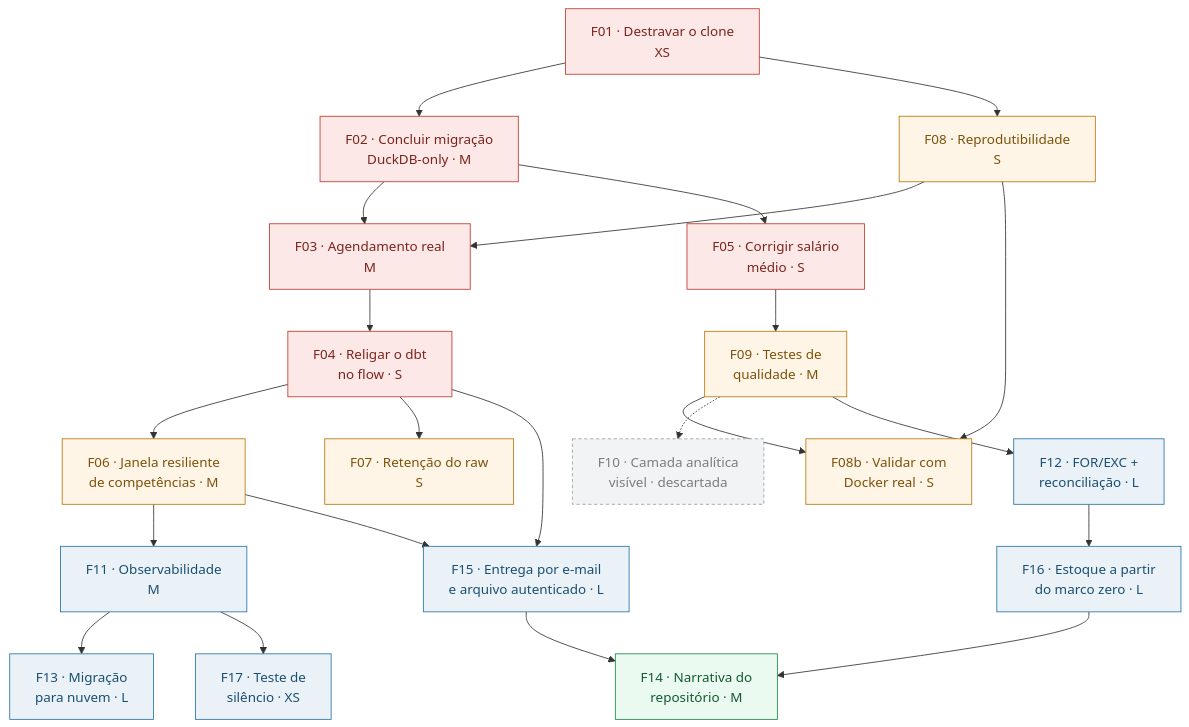
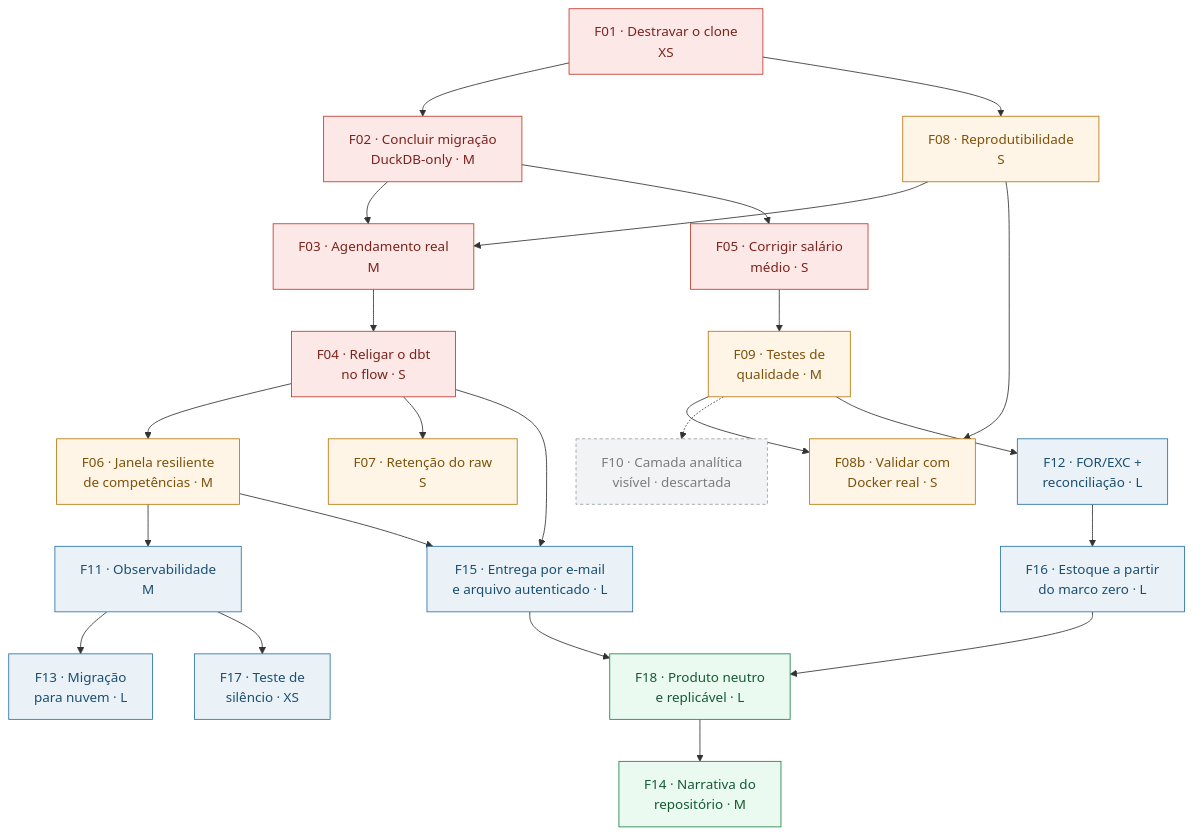
Before and after one commit to raulleninis/heco-caged-datastack: the diagram in docs/fatias/README.md, drawn with Mermaid. The commit also changed other lines of this file and 5 other files, not shown here.

First line of the commit message:
docs: F18, produto neutro e replicável com Socorro como instância

````diff
--- a/docs/fatias/README.md
+++ b/docs/fatias/README.md
@@ -13,35 +13,36 @@
 ```mermaid
 flowchart TD
     F01["F01 · Destravar o clone<br/>XS"] --> F02["F02 · Concluir migração<br/>DuckDB-only · M"]
     F01 --> F08["F08 · Reprodutibilidade<br/>S"]
     F02 --> F03["F03 · Agendamento real<br/>M"]
     F08 --> F03
     F03 --> F04["F04 · Religar o dbt<br/>no flow · S"]
     F04 --> F06["F06 · Janela resiliente<br/>de competências · M"]
     F02 --> F05["F05 · Corrigir salário<br/>médio · S"]
     F05 --> F09["F09 · Testes de<br/>qualidade · M"]
     F04 --> F07["F07 · Retenção do raw<br/>S"]
     F08 --> F08b["F08b · Validar com<br/>Docker real · S"]
     F09 --> F08b
     F09 -.-> F10["F10 · Camada analítica<br/>visível · descartada"]
     F06 --> F11["F11 · Observabilidade<br/>M"]
     F09 --> F12["F12 · FOR/EXC +<br/>reconciliação · L"]
     F11 --> F13["F13 · Migração<br/>para nuvem · L"]
-    F15 --> F14["F14 · Narrativa do<br/>repositório · M"]
-    F16 --> F14
+    F16 --> F18["F18 · Produto neutro<br/>e replicável · L"]
+    F15 --> F18
+    F18 --> F14["F14 · Narrativa do<br/>repositório · M"]
     F04 --> F15["F15 · Entrega por e-mail<br/>e arquivo autenticado · L"]
     F06 --> F15
     F12 --> F16["F16 · Estoque a partir<br/>do marco zero · L"]
     F11 --> F17["F17 · Teste de<br/>silêncio · XS"]
 
     classDef agora fill:#fde8e8,stroke:#c0392b,color:#7b241c
     classDef pre fill:#fef5e7,stroke:#b9770e,color:#7e5109
     classDef prod fill:#eaf2f8,stroke:#2874a6,color:#1b4f72
     classDef vitrine fill:#eafaf1,stroke:#1e8449,color:#145a32
     class F01,F02,F03,F04,F05 agora
     class F06,F07,F08,F08b,F09 pre
     class F11,F12,F13,F15,F16,F17 prod
     classDef descartada fill:#f2f3f4,stroke:#99a3a4,color:#7b7d7d,stroke-dasharray:4 3
-    class F14 vitrine
+    class F14,F18 vitrine
     class F10 descartada
 ```
````
